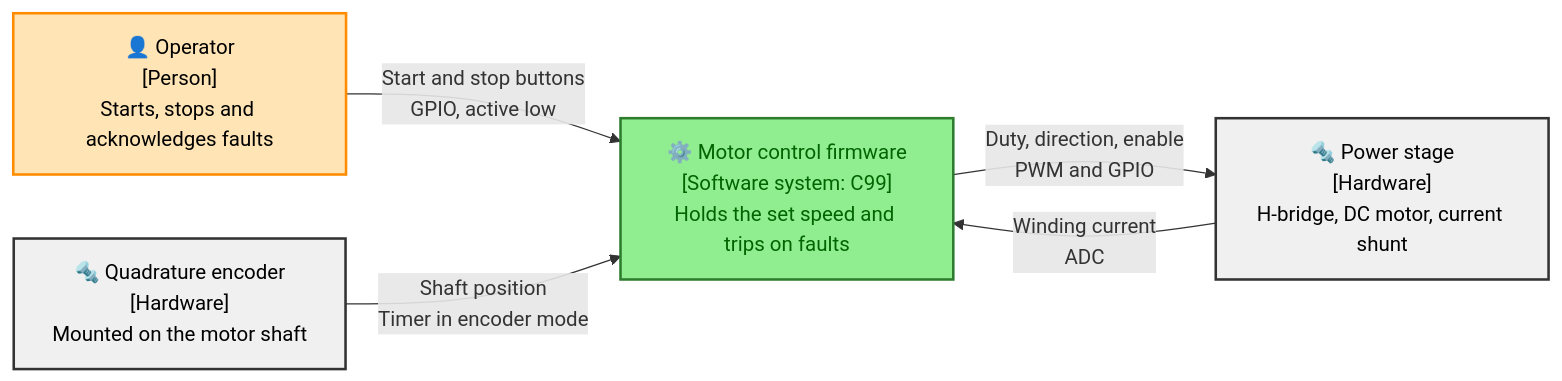
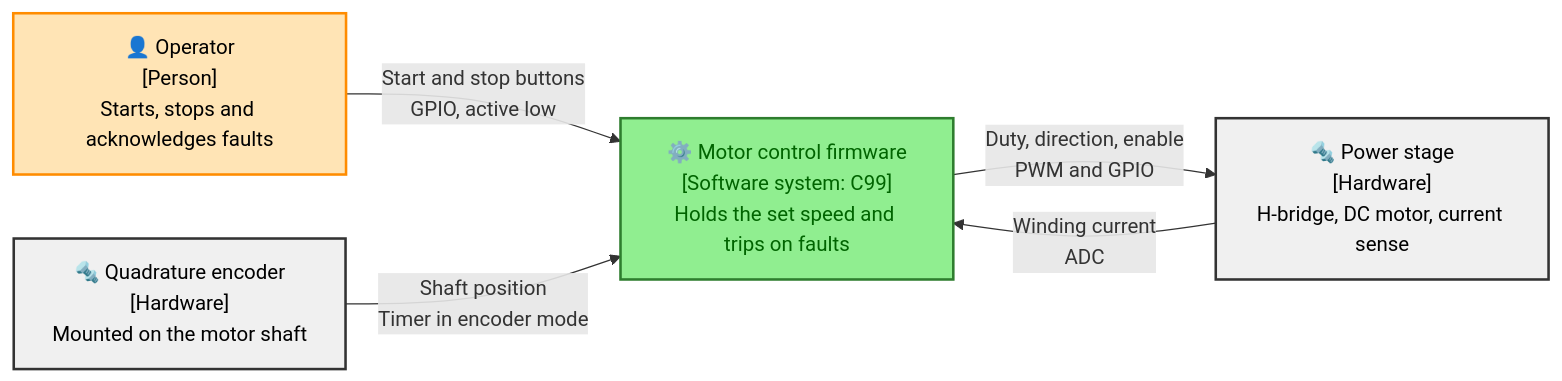
Before and after one commit to wienans/example-repo: the diagram in docs/architecture/01_system_context.md, drawn with Mermaid. The commit also changed other lines of this file and 6 other files, not shown here.

First line of the commit message:
docs(architecture): align architecture guide with implementation

````diff
--- a/docs/architecture/01_system_context.md
+++ b/docs/architecture/01_system_context.md
@@ -7,22 +7,22 @@
 ```mermaid
 flowchart LR
   accTitle: System context of the motor control firmware
-  accDescr: The operator presses start and stop buttons wired to the firmware. The firmware sets PWM duty, direction and enable on the power stage, and reads winding current back from it over the ADC. The quadrature encoder reports shaft position to the firmware through a timer.
+  accDescr: The operator presses start and stop buttons that are wired to the firmware. The firmware sets PWM duty, direction and enable on the power stage, and reads the winding current back from it through the ADC. The quadrature encoder reports the shaft position to the firmware through a timer.
   classDef person fill:#FFE4B5,stroke:#FF8C00,stroke-width:2px,color:black
   classDef firmware fill:#90EE90,stroke:#2E7D2E,stroke-width:2px,color:darkgreen
   classDef hardware fill:#F0F0F0,stroke:#333333,stroke-width:2px,color:black
 
   operator["👤 Operator<br/>[Person]<br/>Starts, stops and acknowledges faults"]
   fw["⚙️ Motor control firmware<br/>[Software system: C99]<br/>Holds the set speed and trips on faults"]
-  bridge["🔩 Power stage<br/>[Hardware]<br/>H-bridge, DC motor, current shunt"]
+  bridge["🔩 Power stage<br/>[Hardware]<br/>H-bridge, DC motor, current sense"]
   encoder["🔩 Quadrature encoder<br/>[Hardware]<br/>Mounted on the motor shaft"]
 
   operator -->|"Start and stop buttons<br/>GPIO, active low"| fw
   fw -->|"Duty, direction, enable<br/>PWM and GPIO"| bridge
   bridge -->|"Winding current<br/>ADC"| fw
   encoder -->|"Shaft position<br/>Timer in encoder mode"| fw
 
   class operator person
   class fw firmware
   class bridge,encoder hardware
 ```
````
